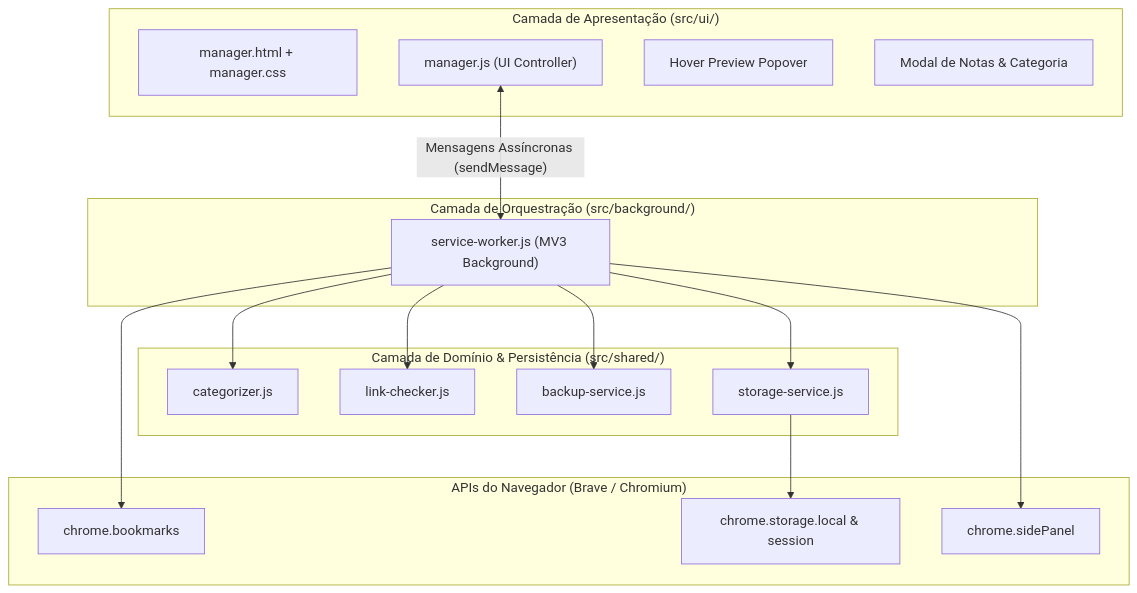
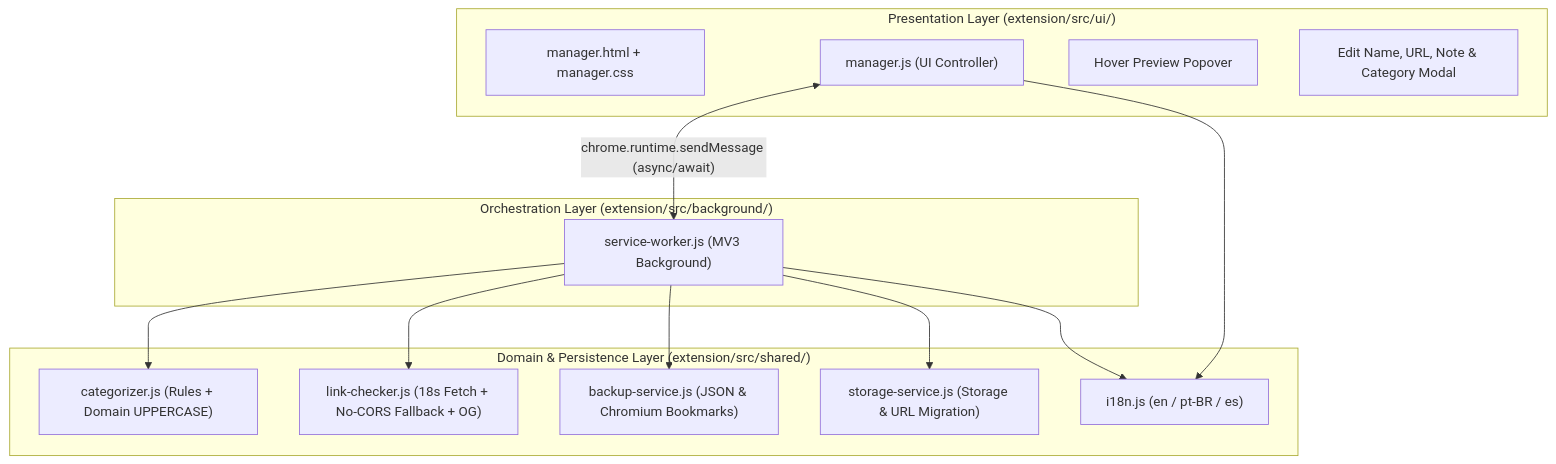
One commit to murilomunhao/bookmark_manager changed the diagram in _docs/PROJECT_CHECKPOINT.md. Above: the diagram before and after it, drawn with Mermaid. The commit also changed other lines of this file and 12 other files, not shown here.

Commit message:
✨ feat: add i18n (EN/PT-BR/ES), uppercase domain naming, link edit validation, resilient link checker and English comments

````diff
--- a/_docs/PROJECT_CHECKPOINT.md
+++ b/_docs/PROJECT_CHECKPOINT.md
@@ -29,35 +32,29 @@
 ```mermaid
 flowchart TD
-    subgraph UI["Camada de Apresentação (src/ui/)"]
+    subgraph UI["Presentation Layer (extension/src/ui/)"]
         VIEW["manager.html + manager.css"]
         CTRL["manager.js (UI Controller)"]
         POPOVER["Hover Preview Popover"]
-        MODAL["Modal de Notas & Categoria"]
+        MODAL["Edit Name, URL, Note & Category Modal"]
     end
 
-    subgraph BG["Camada de Orquestração (src/background/)"]
+    subgraph BG["Orchestration Layer (extension/src/background/)"]
         SW["service-worker.js (MV3 Background)"]
     end
 
-    subgraph DOMAIN["Camada de Domínio & Persistência (src/shared/)"]
-        CAT["categorizer.js"]
-        CHK["link-checker.js"]
-        BKP["backup-service.js"]
-        STR["storage-service.js"]
+    subgraph DOMAIN["Domain & Persistence Layer (extension/src/shared/)"]
+        CAT["categorizer.js (Rules + Domain UPPERCASE)"]
+        CHK["link-checker.js (18s Fetch + No-CORS Fallback + OG)"]
+        BKP["backup-service.js (JSON & Chromium Bookmarks)"]
+        STR["storage-service.js (Storage & URL Migration)"]
+        I18N["i18n.js (en / pt-BR / es)"]
     end
 
-    subgraph CHROME["APIs do Navegador (Brave / Chromium)"]
-        BM_API["chrome.bookmarks"]
-        ST_API["chrome.storage.local & session"]
-        SP_API["chrome.sidePanel"]
-    end
-
-    CTRL <-->|"Mensagens Assíncronas (sendMessage)"| SW
+    CTRL <-->|"chrome.runtime.sendMessage (async/await)"| SW
+    CTRL --> I18N
     SW --> CAT
     SW --> CHK
     SW --> BKP
     SW --> STR
-    SW --> BM_API
-    STR --> ST_API
-    SW --> SP_API
+    SW --> I18N
 ```
````
